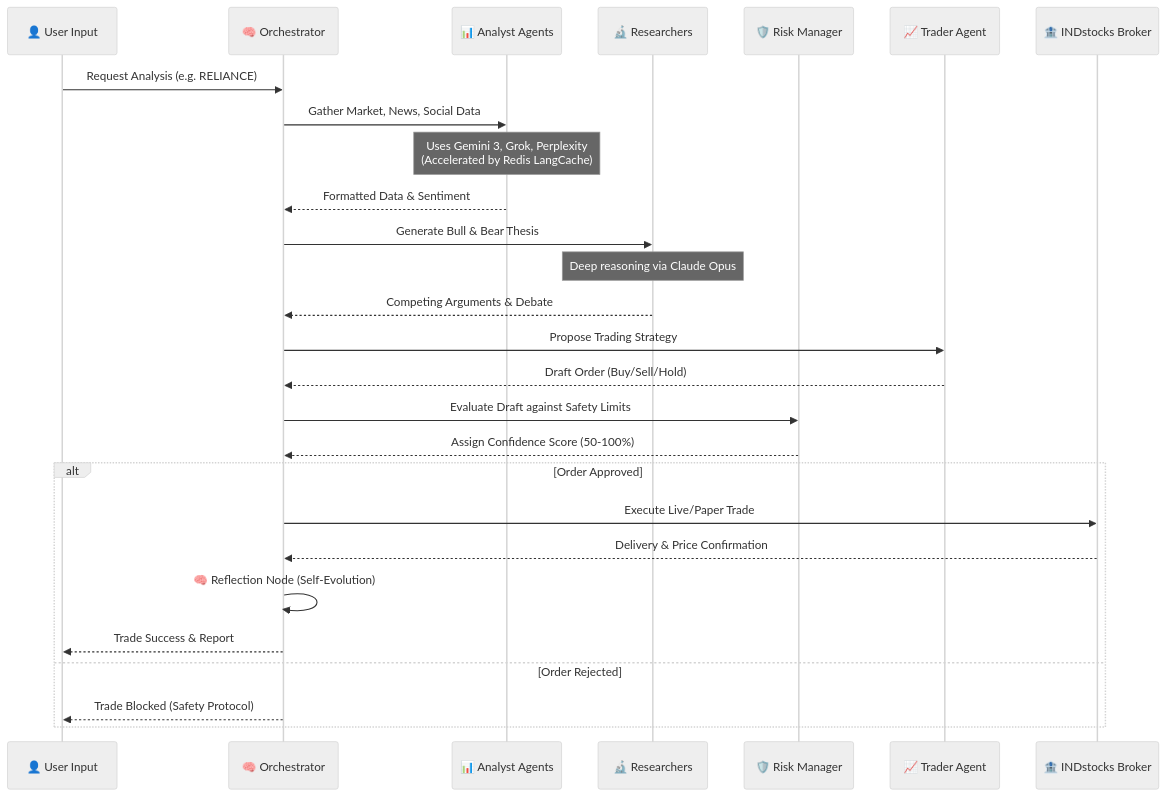
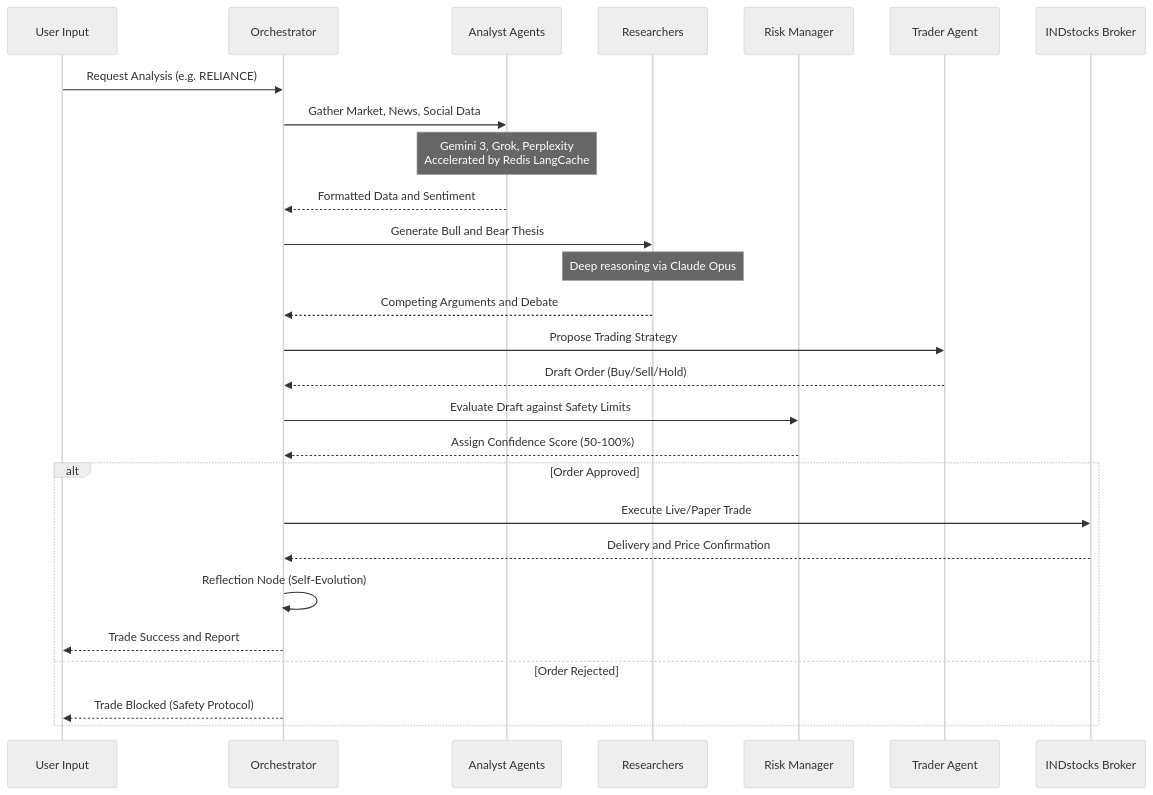
Before and after one commit to samuelvinay91/skopaqtrader: the second of 4 diagrams in README.md, drawn with Mermaid (neutral theme). The commit also changed other lines of this file, not shown here.

First line of the commit message:
fix: repair all 4 Mermaid diagrams for GitHub rendering

````diff
--- a/README.md
+++ b/README.md
@@ -111,30 +106,30 @@
 ```mermaid
 sequenceDiagram
-    participant User as 👤 User Input
-    participant Orchestrator as 🧠 Orchestrator
-    participant Analysts as 📊 Analyst Agents
-    participant Researchers as 🔬 Researchers
-    participant Risk as 🛡️ Risk Manager
-    participant Trader as 📈 Trader Agent
-    participant INDstocks as 🏦 INDstocks Broker
+    participant User as User Input
+    participant Orch as Orchestrator
+    participant Analysts as Analyst Agents
+    participant Research as Researchers
+    participant Risk as Risk Manager
+    participant Trader as Trader Agent
+    participant Broker as INDstocks Broker
 
-    User->>Orchestrator: Request Analysis (e.g. RELIANCE)
-    Orchestrator->>Analysts: Gather Market, News, Social Data
-    Note over Analysts: Uses Gemini 3, Grok, Perplexity<br/>(Accelerated by Redis LangCache)
-    Analysts-->>Orchestrator: Formatted Data & Sentiment
-    Orchestrator->>Researchers: Generate Bull & Bear Thesis
-    Note over Researchers: Deep reasoning via Claude Opus
-    Researchers-->>Orchestrator: Competing Arguments & Debate
-    Orchestrator->>Trader: Propose Trading Strategy
-    Trader-->>Orchestrator: Draft Order (Buy/Sell/Hold)
-    Orchestrator->>Risk: Evaluate Draft against Safety Limits
-    Risk-->>Orchestrator: Assign Confidence Score (50-100%)
+    User->>Orch: Request Analysis (e.g. RELIANCE)
+    Orch->>Analysts: Gather Market, News, Social Data
+    Note over Analysts: Gemini 3, Grok, Perplexity<br/>Accelerated by Redis LangCache
+    Analysts-->>Orch: Formatted Data and Sentiment
+    Orch->>Research: Generate Bull and Bear Thesis
+    Note over Research: Deep reasoning via Claude Opus
+    Research-->>Orch: Competing Arguments and Debate
+    Orch->>Trader: Propose Trading Strategy
+    Trader-->>Orch: Draft Order (Buy/Sell/Hold)
+    Orch->>Risk: Evaluate Draft against Safety Limits
+    Risk-->>Orch: Assign Confidence Score (50-100%)
     alt Order Approved
-        Orchestrator->>INDstocks: Execute Live/Paper Trade
-        INDstocks-->>Orchestrator: Delivery & Price Confirmation
-        Orchestrator->>Orchestrator: 🧠 Reflection Node (Self-Evolution)
-        Orchestrator-->>User: Trade Success & Report
+        Orch->>Broker: Execute Live/Paper Trade
+        Broker-->>Orch: Delivery and Price Confirmation
+        Orch->>Orch: Reflection Node (Self-Evolution)
+        Orch-->>User: Trade Success and Report
     else Order Rejected
-        Orchestrator-->>User: Trade Blocked (Safety Protocol)
+        Orch-->>User: Trade Blocked (Safety Protocol)
     end
 ```
````
